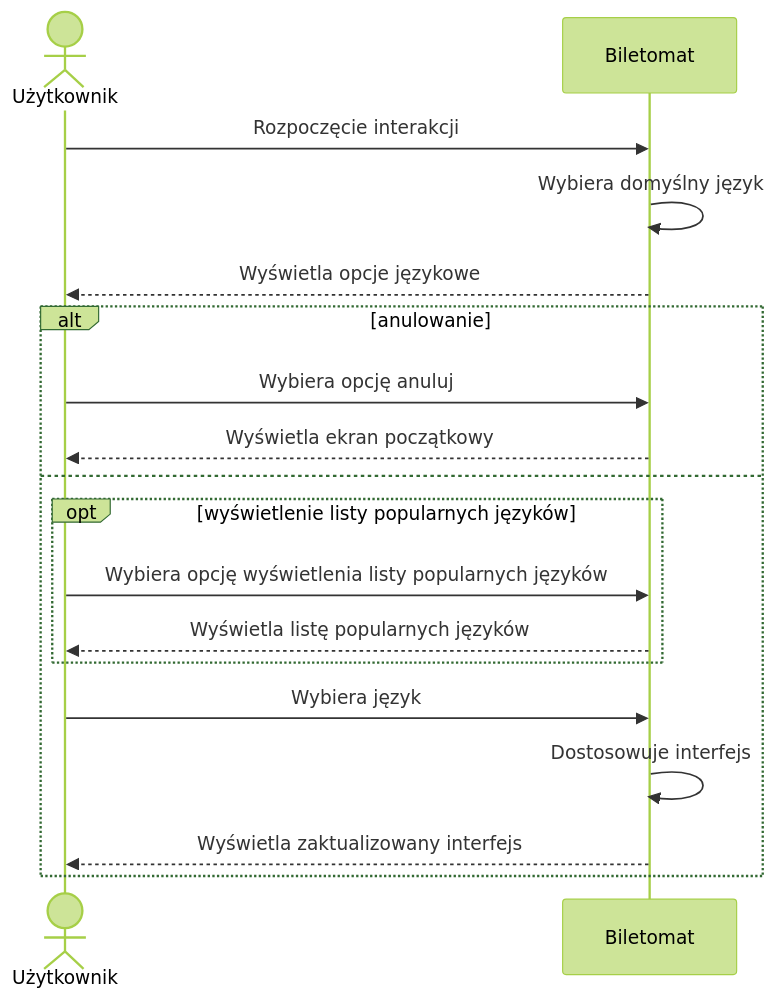
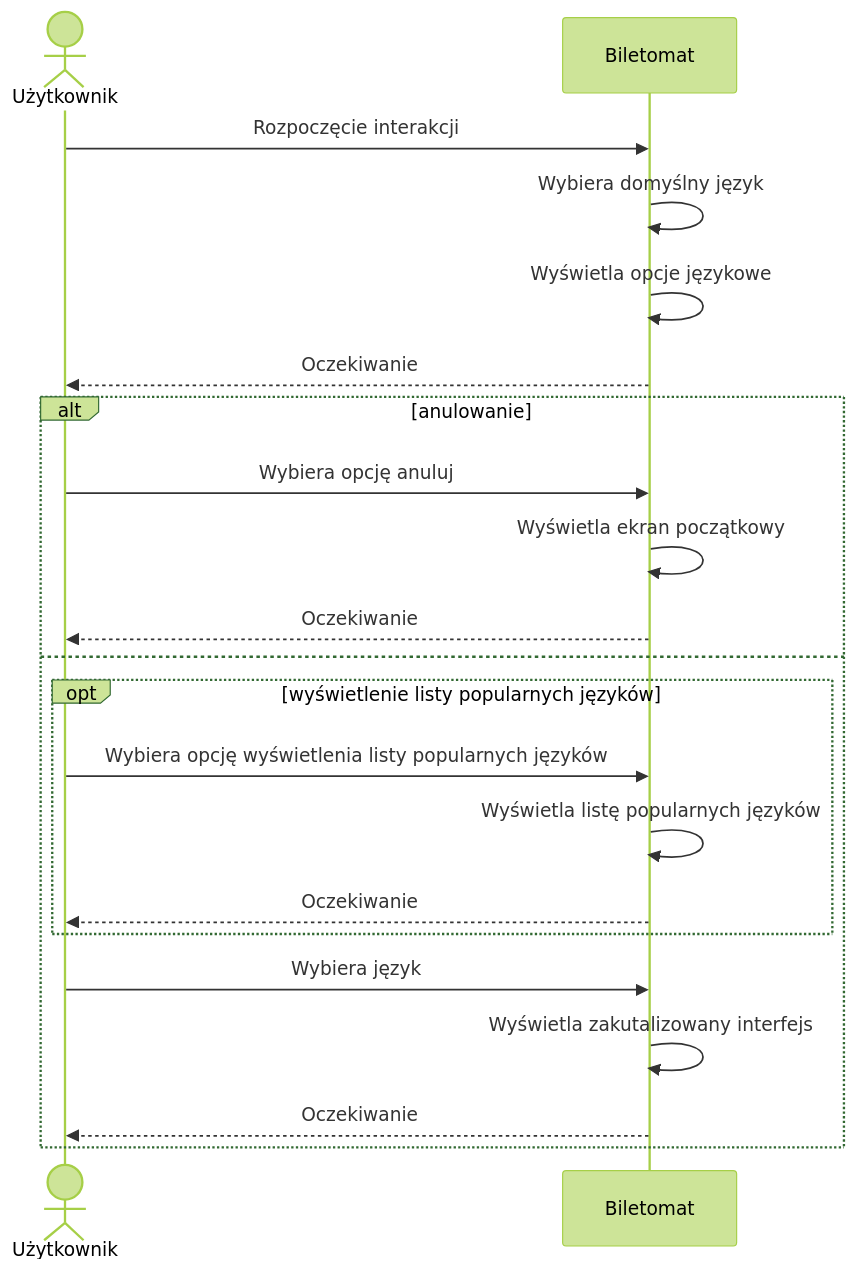
One commit to s3r10us3r/mwo_lab4 changed the sixth of 7 diagrams in uzytkownik.md. Above: the diagram before and after it, drawn with Mermaid (forest theme). The commit also changed other lines of this file, not shown here.

Commit message:
Poprawa diagramów som super

````diff
--- a/uzytkownik.md
+++ b/uzytkownik.md
@@ -118,21 +118,24 @@
 ```mermaid
 sequenceDiagram
     actor U as Użytkownik
     participant B as Biletomat
 
     U ->> B: Rozpoczęcie interakcji
     B ->> B: Wybiera domyślny język
-    B -->> U: Wyświetla opcje językowe
+    B ->> B: Wyświetla opcje językowe
+    B -->> U: Oczekiwanie
     alt anulowanie
     U ->> B: Wybiera opcję anuluj
-    B -->> U: Wyświetla ekran początkowy
+    B ->> B: Wyświetla ekran początkowy
+    B -->> U: Oczekiwanie
     else
     opt wyświetlenie listy popularnych języków
     U ->> B: Wybiera opcję wyświetlenia listy popularnych języków
-    B -->> U: Wyświetla listę popularnych języków
+    B ->> B: Wyświetla listę popularnych języków
+    B -->> U: Oczekiwanie
     end
     U ->> B: Wybiera język
-    B ->> B: Dostosowuje interfejs
-    B -->> U:  Wyświetla zaktualizowany interfejs
+    B ->> B: Wyświetla zakutalizowany interfejs
+    B -->> U:  Oczekiwanie
     end
 ```
````
